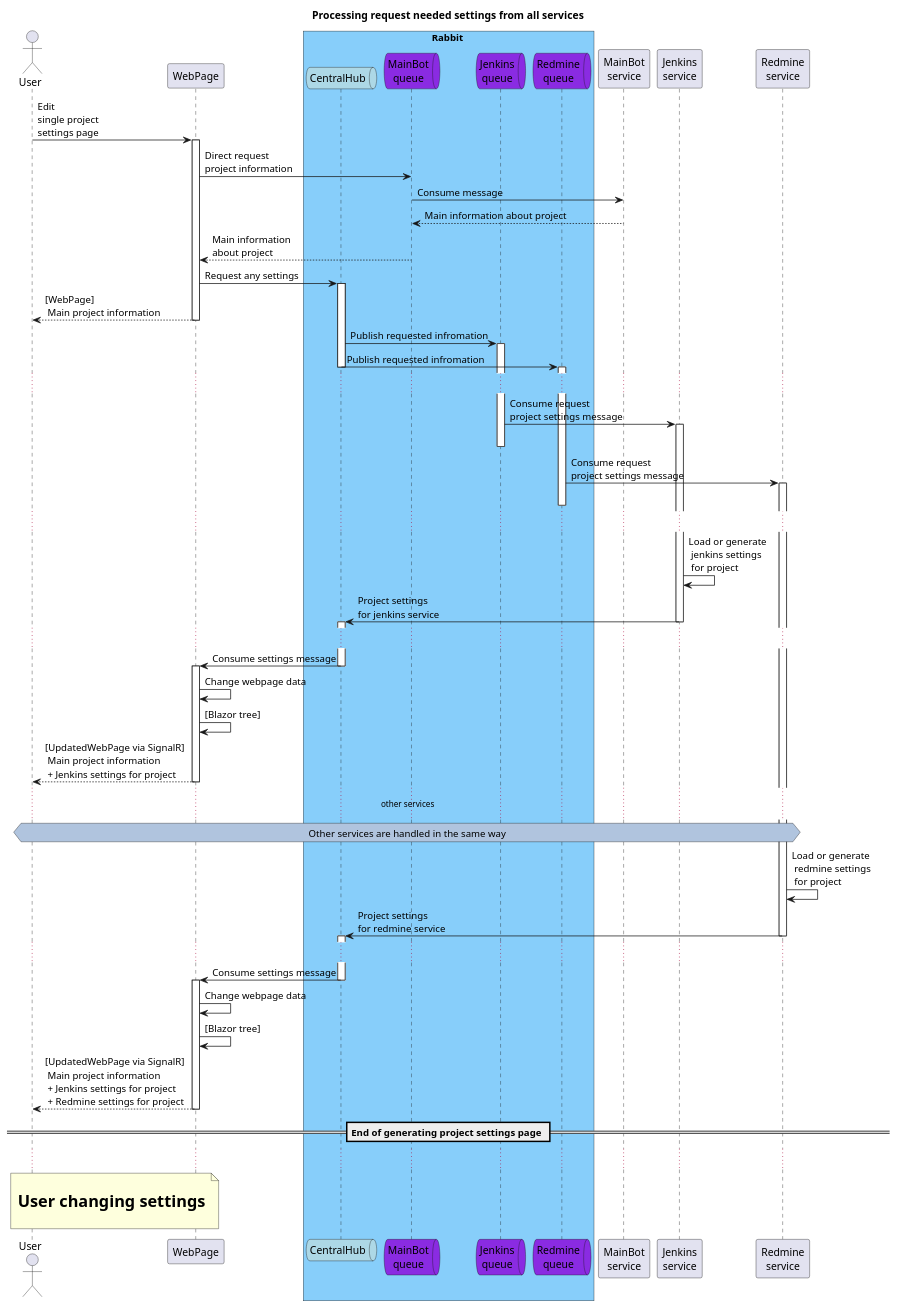
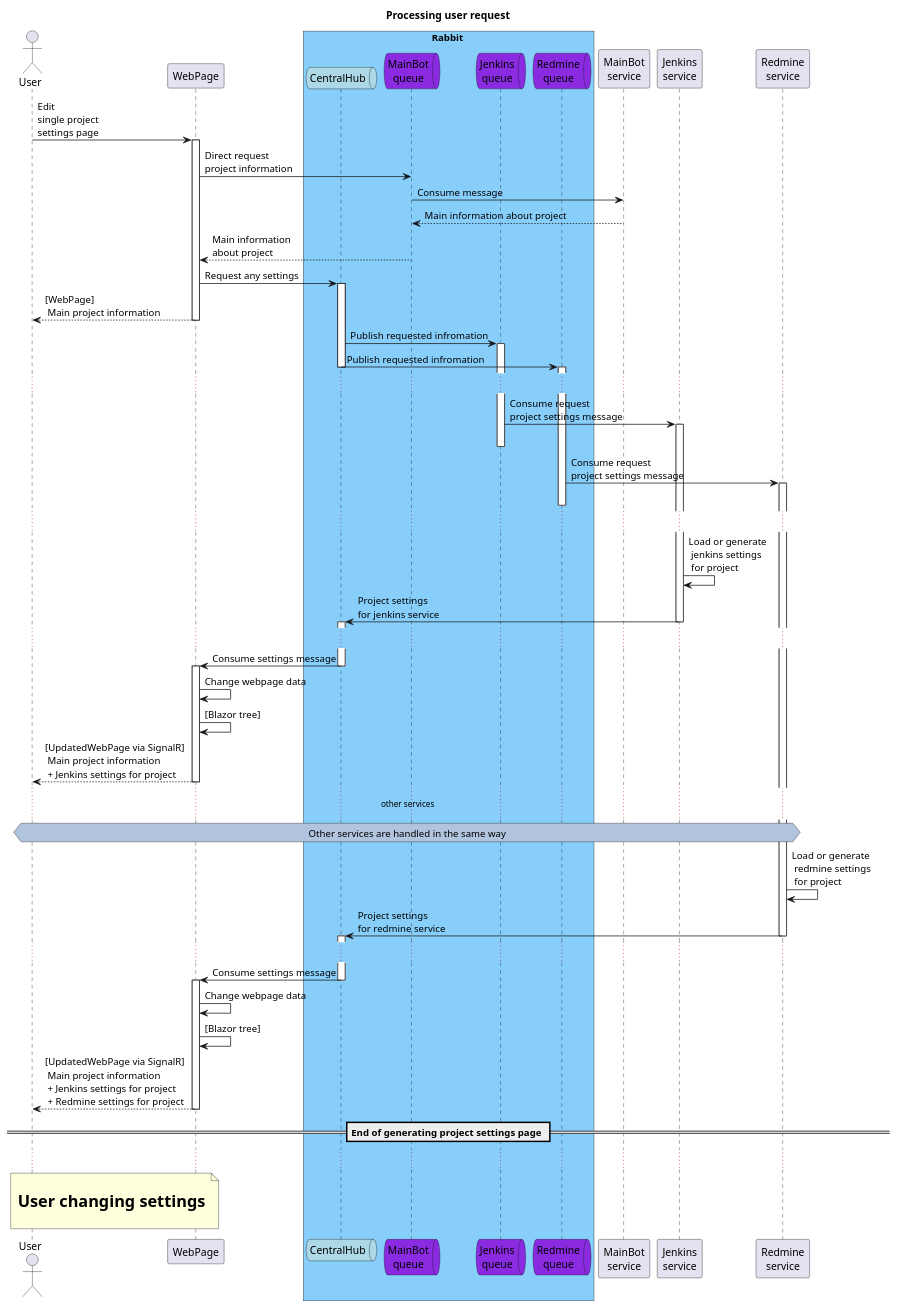
One commit to zavpav/TgBotEnterprise changed the diagram in WebAdminChangeSettingsRequest.puml. Above: the diagram before and after it, drawn with PlantUML. The commit also changed 1 other file, not shown here.

```diff
--- a/WebAdminChangeSettingsRequest.puml
+++ b/WebAdminChangeSettingsRequest.puml
@@ -1,80 +1,80 @@
 @startuml Processing user request
 
-title Processing request needed settings from all services
+title Processing user request
 
 actor User as usr
 participant WebPage as wp
 
 box Rabbit #LightSkyBlue 
     queue "CentralHub" as CentralHub #LightBlue
     queue "MainBot\nqueue" as mbQueue #BlueViolet
     queue "Jenkins\nqueue" as jenkinsQueue #BlueViolet
     queue "Redmine\nqueue" as redmineQueue #BlueViolet
 end box
 
 participant "MainBot\nservice" as mb
 participant "Jenkins\nservice" as jenkins
 participant "Redmine\nservice" as redmine
 
 
 usr -> wp : Edit\nsingle project\nsettings page
 activate wp
 wp -> mbQueue : Direct request\nproject information
 mbQueue -> mb  : Consume message
 mb --> mbQueue : Main information about project
 mbQueue --> wp : Main information\nabout project
 
 wp -> CentralHub : Request any settings
 activate CentralHub
 
 wp --> usr : [WebPage] \n Main project information
 deactivate wp
 
 CentralHub -> jenkinsQueue : Publish requested infromation
 activate jenkinsQueue
 CentralHub -> redmineQueue : Publish requested infromation
 deactivate CentralHub
 
 activate redmineQueue
 ...
 jenkinsQueue -> jenkins : Consume request\nproject settings message 
 activate jenkins
 deactivate jenkinsQueue
 redmineQueue -> redmine : Consume request\nproject settings message 
 activate redmine
 deactivate redmineQueue
 ...
 jenkins -> jenkins : Load or generate\n jenkins settings \n for project
 jenkins -> CentralHub : Project settings\nfor jenkins service
 deactivate jenkins
 activate CentralHub
 ...
 CentralHub -> wp : Consume settings message
 deactivate CentralHub
 activate wp
 wp -> wp : Change webpage data
 wp -> wp : [Blazor tree]
 wp --> usr : [UpdatedWebPage via SignalR] \n Main project information\n + Jenkins settings for project
 deactivate wp
 
 ... other services ...
 hnote across #LightSteelBlue: Other services are handled in the same way 
 redmine -> redmine : Load or generate\n redmine settings \n for project
 redmine -> CentralHub : Project settings\nfor redmine service
 deactivate redmine
 activate CentralHub
 ...
 CentralHub -> wp : Consume settings message
 deactivate CentralHub
 activate wp
 wp -> wp : Change webpage data
 wp -> wp : [Blazor tree]
 wp --> usr : [UpdatedWebPage via SignalR] \n Main project information\n + Jenkins settings for project\n + Redmine settings for project
 deactivate wp
 
 == End of generating project settings page == 
 
 ...
 note over usr, wp : \n <size:22>**User changing settings**</size> \n
 
 @enduml
```
